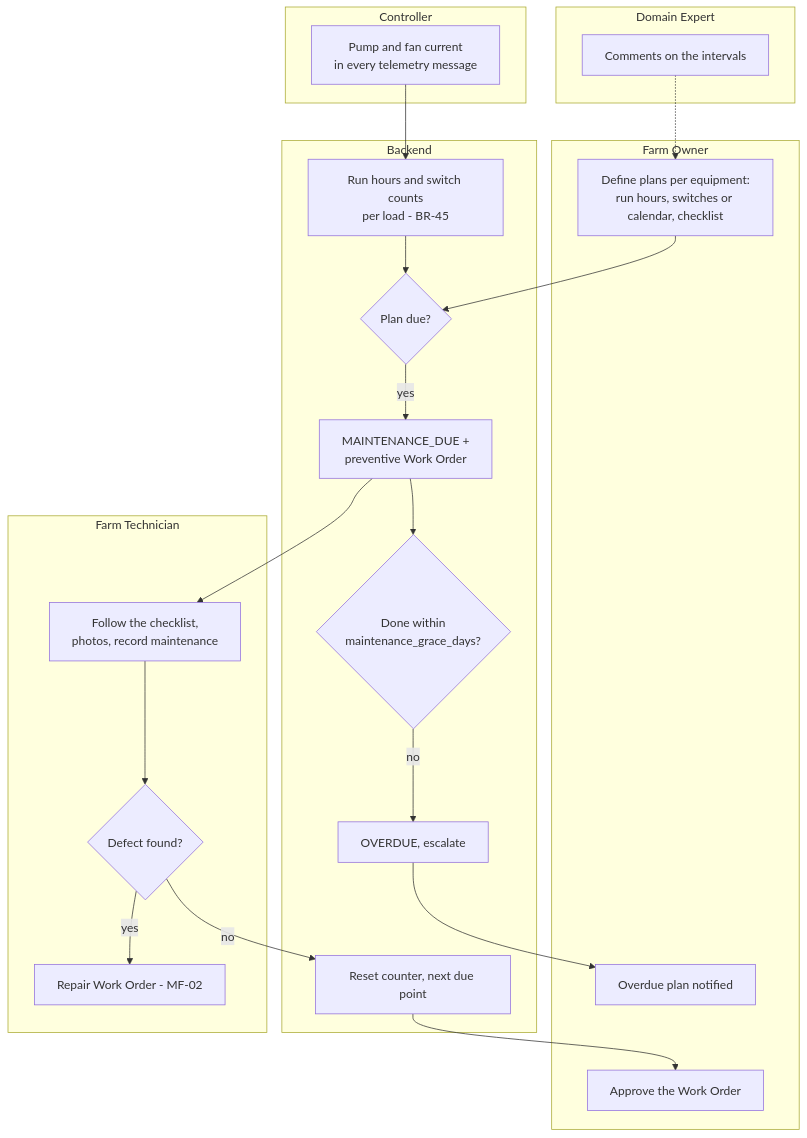
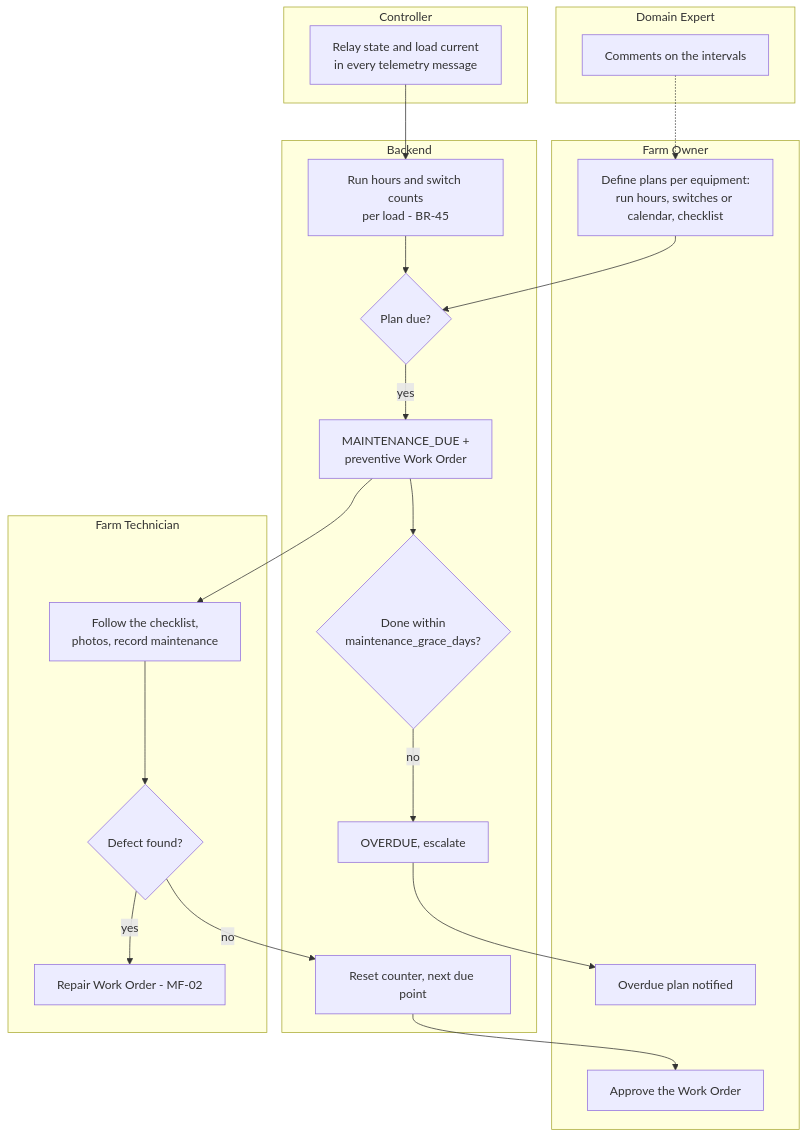
Diagram 34 of 40 in docs/reports/report4-sdd.md (NBao261/SwiftletCare_KLTN), drawn with Mermaid before and after one commit. The commit also changed other lines of this file and 7 other files, not shown here.

````diff
--- a/docs/reports/report4-sdd.md
+++ b/docs/reports/report4-sdd.md
@@ -1579,32 +1579,32 @@
 ```mermaid
 flowchart TB
   subgraph O[Farm Owner]
     O1[Define plans per equipment:<br/>run hours, switches or calendar, checklist]
     O2[Approve the Work Order]
     O3[Overdue plan notified]
   end
   subgraph E[Domain Expert]
     E1[Comments on the intervals]
   end
   subgraph C[Controller]
-    C1[Pump and fan current<br/>in every telemetry message]
+    C1[Relay state and load current<br/>in every telemetry message]
   end
   subgraph B[Backend]
     B1[Run hours and switch counts<br/>per load - BR-45]
     B2{Plan due?}
     B2 -- yes --> B3[MAINTENANCE_DUE +<br/>preventive Work Order]
     B4{Done within<br/>maintenance_grace_days?} -- no --> B5[OVERDUE, escalate]
     B6[Reset counter, next due point]
   end
   subgraph T[Farm Technician]
     T1[Follow the checklist,<br/>photos, record maintenance] --> T2{Defect found?}
     T2 -- yes --> T3[Repair Work Order - MF-02]
   end
   O1 --> B2
   E1 -.-> O1
   C1 --> B1 --> B2
   B3 --> T1
   B3 --> B4
   B5 --> O3
   T2 -- no --> B6 --> O2
 ```
````
